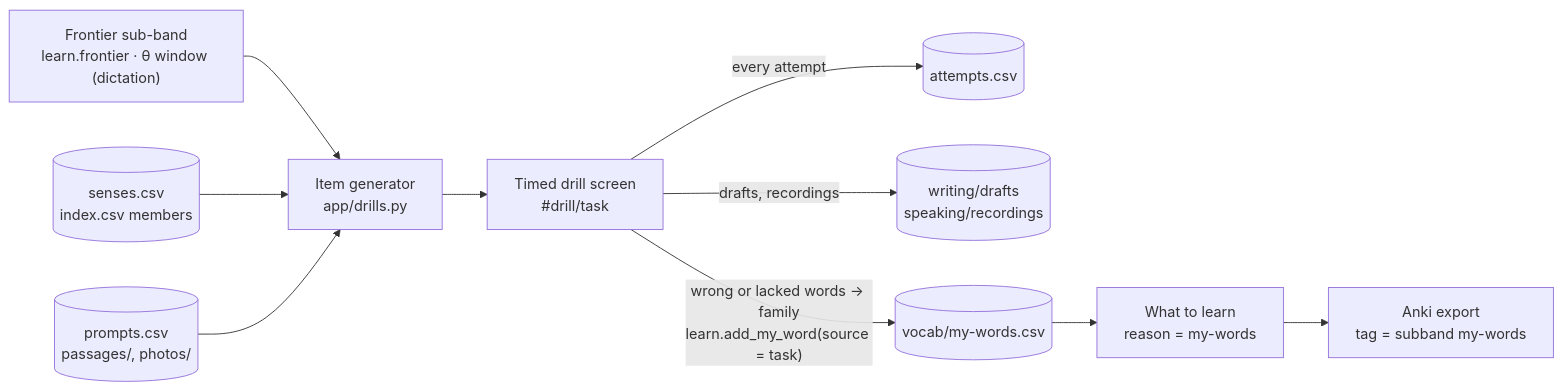
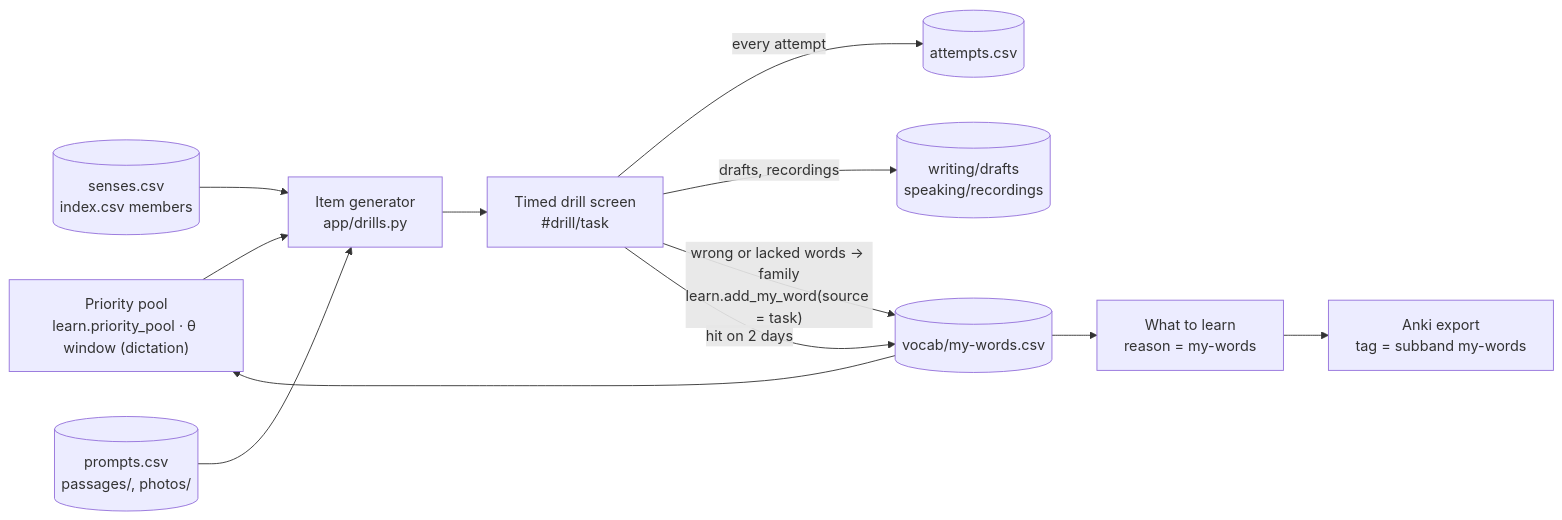
One commit to nhanpc/DET changed the first of 3 diagrams in practice/README.md. Above: the diagram before and after it, drawn with Mermaid. The commit also changed other lines of this file and 11 other files, not shown here.

````diff
--- a/practice/README.md
+++ b/practice/README.md
@@ -37,11 +37,13 @@
 ```mermaid
 flowchart LR
-    F["Frontier sub-band<br/>learn.frontier · θ window (dictation)"] --> G[Item generator<br/>app/drills.py]
+    F["Priority pool<br/>learn.priority_pool · θ window (dictation)"] --> G[Item generator<br/>app/drills.py]
     S[(senses.csv<br/>index.csv members)] --> G
     P[(prompts.csv<br/>passages/, photos/)] --> G
     G --> D[Timed drill screen<br/>#drill/task]
     D -->|"every attempt"| A[(attempts.csv)]
     D -->|"drafts, recordings"| K[(writing/drafts<br/>speaking/recordings)]
     D -->|"wrong or lacked words → family<br/>learn.add_my_word(source = task)"| M[(vocab/my-words.csv)]
     M --> L[What to learn<br/>reason = my-words] --> X[Anki export<br/>tag = subband my-words]
+    M --> F
+    D -->|"hit on 2 days"| M
 ```
````
